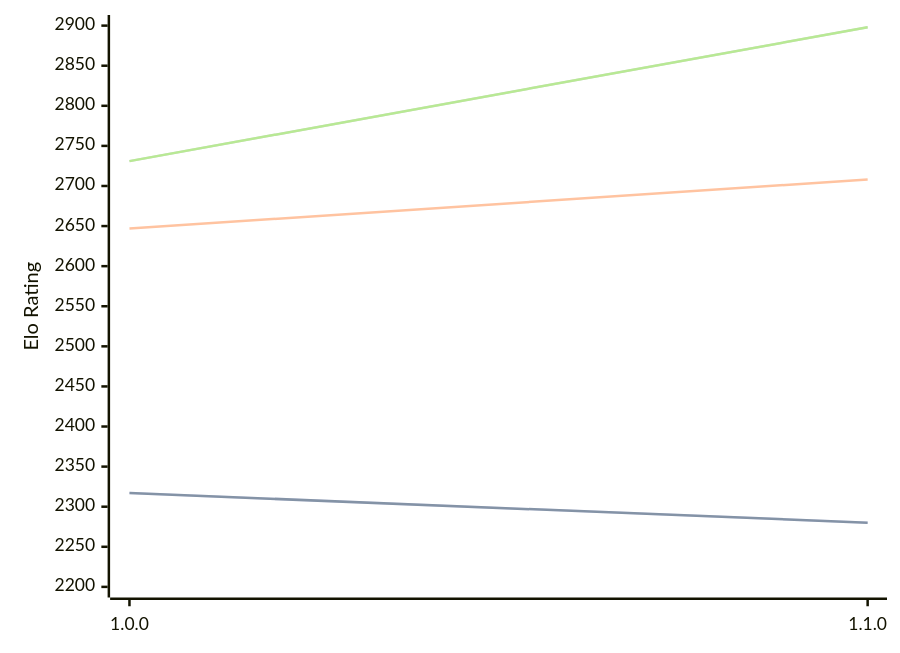
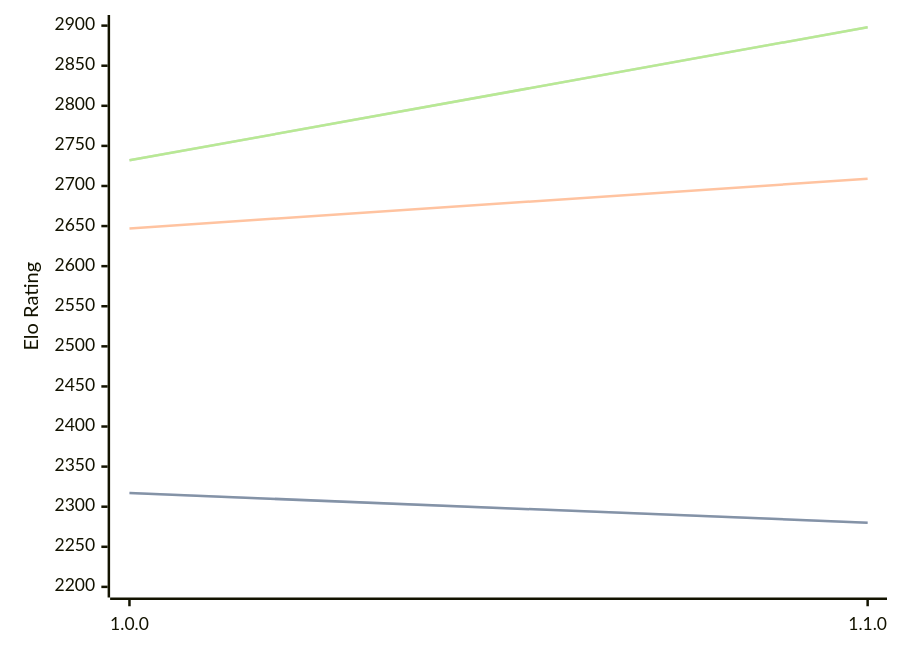
The diagram in engines/ShallowGuess.md (computer-chess-index/cci), drawn with Mermaid before and after one commit. The commit also changed other lines of this file, not shown here.

Commit message:
Update CCI Ratings (ELO VLTC) - 2026-08-05

````diff
--- a/engines/ShallowGuess.md
+++ b/engines/ShallowGuess.md
@@ -36,11 +36,11 @@
 ```mermaid
 %%{init: {"theme":"base","themeVariables":{"seriesColors:['#a3a3a3','#222221','#faa371']}}}%%
 xychart-beta
   x-axis ["1.0.0", "1.1.0"]
   y-axis "Elo Rating" 2200 --> 2900
   line "STC (8.0+0.08s)" [2317, 2280]
   line "STC (8.0+0.08s)" [2317, 2280]
-  line "LTC (60.0+0.60s)" [2647, 2708]
-  line "VLTC (2m24s+1.12s)" [2731, 2898]
-  line "VLTC (2m24s+1.12s)" [2731, 2898]
+  line "LTC (60.0+0.60s)" [2647, 2709]
+  line "VLTC (2m24s+1.12s)" [2732, 2898]
+  line "VLTC (2m24s+1.12s)" [2732, 2898]
 ```
````
